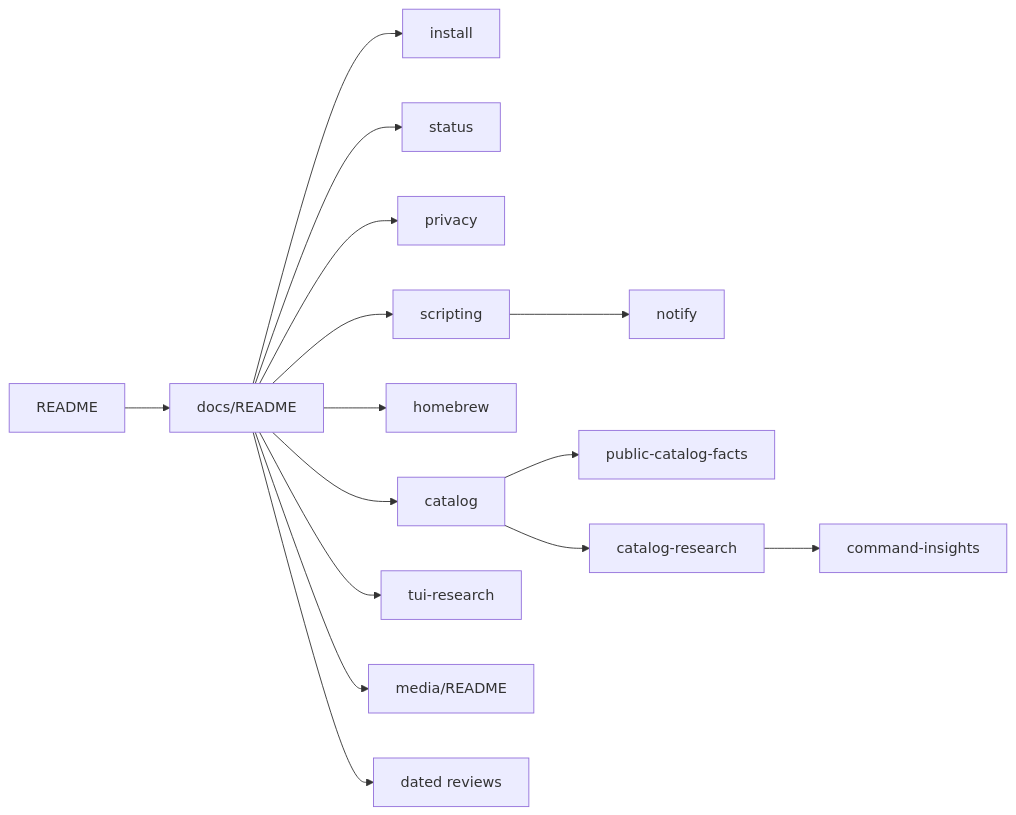
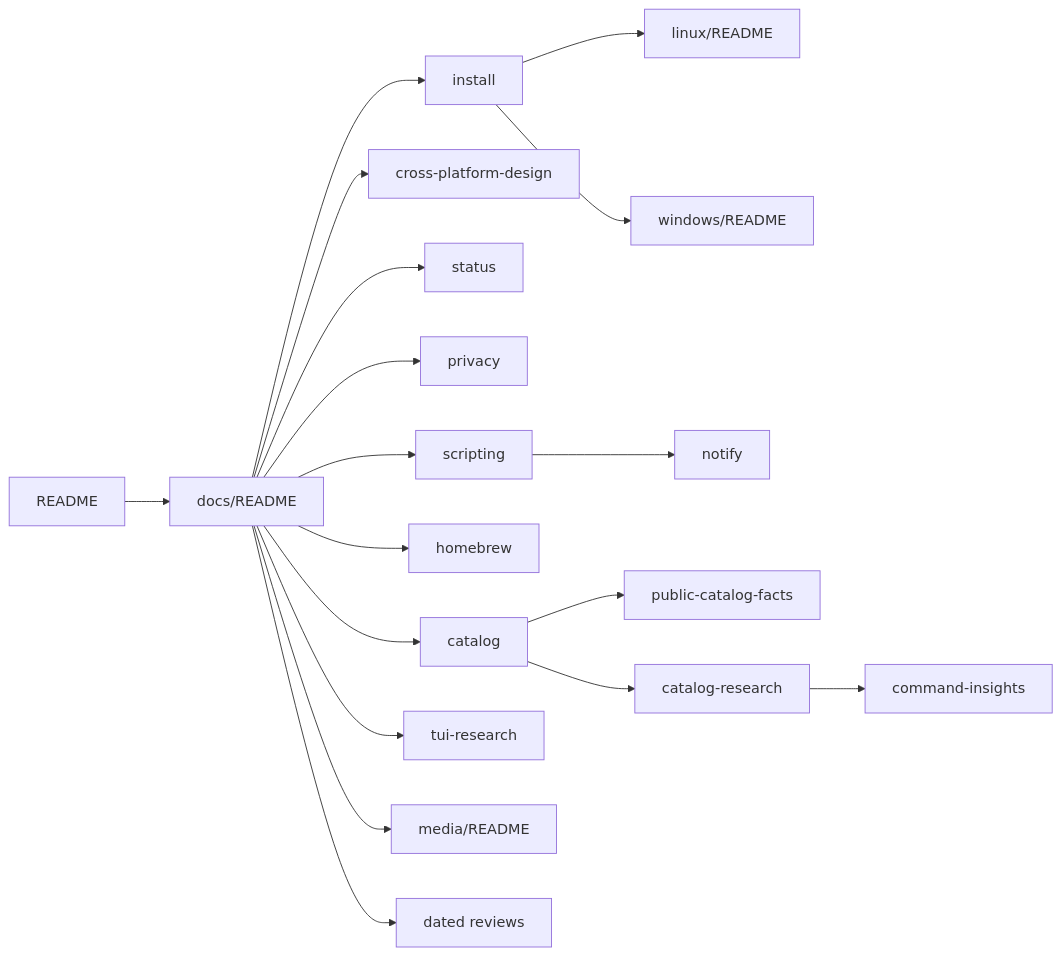
Before and after one commit to travisjneuman/aiup: the diagram in docs/README.md, drawn with Mermaid. The commit also changed other lines of this file and 155 other files, not shown here.

Commit message:
Release 2026.11.03-02: Linux and Windows runtime and installers, catalog 293, review fixes

````diff
--- a/docs/README.md
+++ b/docs/README.md
@@ -25,17 +28,20 @@
 ```mermaid
 graph LR
   RD[README] --> DX[docs/README]
   DX --> IN[install]
+  IN --> LX[linux/README]
+  IN --> WN[windows/README]
+  DX --> XP[cross-platform-design]
   DX --> ST[status]
   DX --> PV[privacy]
   DX --> SC[scripting]
   SC --> NT[notify]
   DX --> HB[homebrew]
   DX --> CT[catalog]
   CT --> PF[public-catalog-facts]
   CT --> CR[catalog-research]
   CR --> CI[command-insights]
   DX --> TR[tui-research]
   DX --> MD[media/README]
   DX --> DR[dated reviews]
 ```
````
